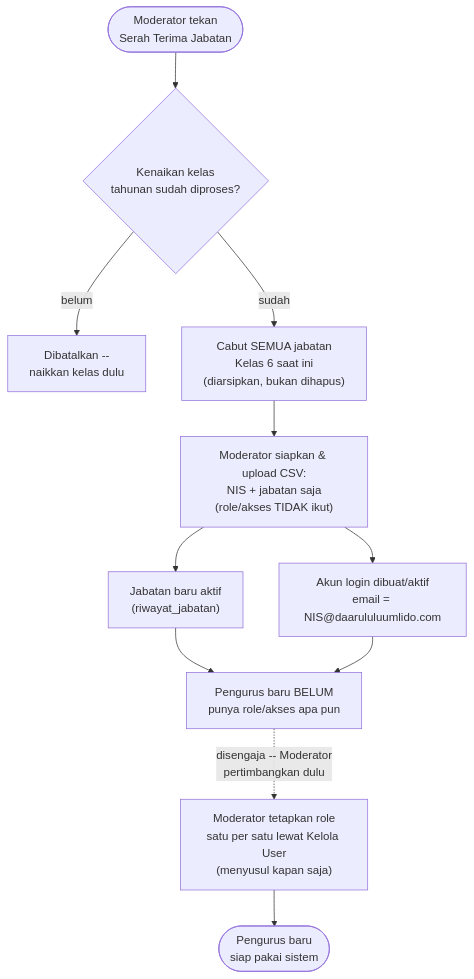
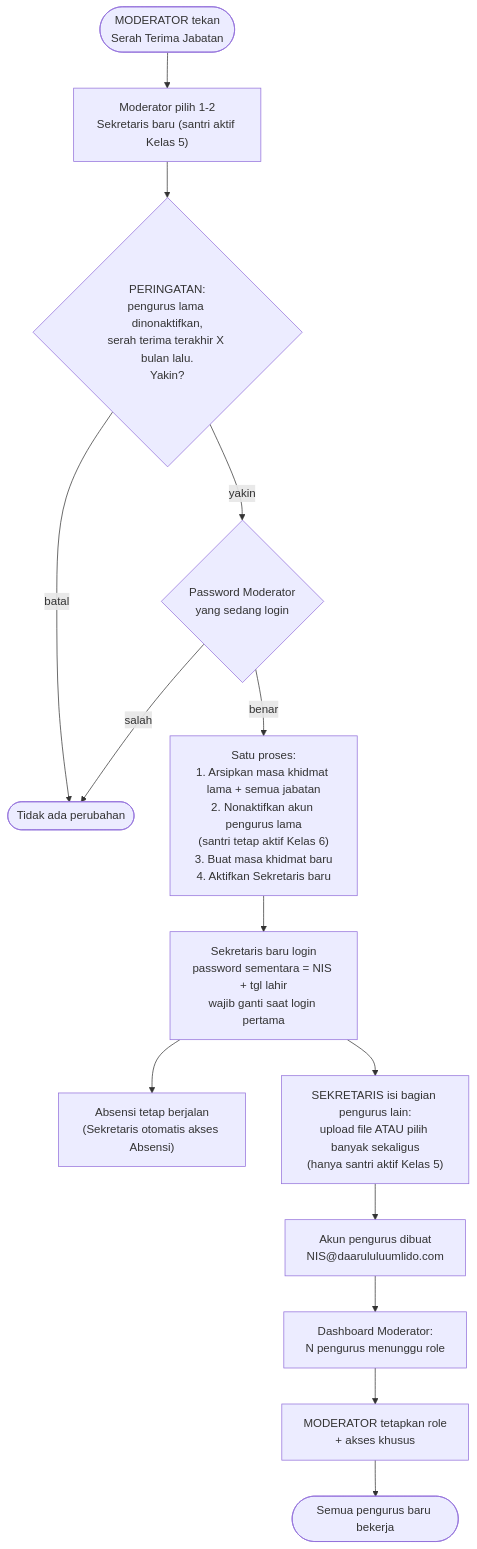
The fourth of 7 diagrams in README.md (SiJao/ProjectJao), drawn with Mermaid before and after one commit. The commit also changed other lines of this file, not shown here.

First line of the commit message:
README: rangkuman hasil desain sistem per modul (4 Okt 2026)

````diff
--- a/README.md
+++ b/README.md
@@ -229,13 +264,16 @@
 ```mermaid
 flowchart TD
-    Start(["Moderator tekan<br/>Serah Terima Jabatan"]) --> Check{"Kenaikan kelas<br/>tahunan sudah diproses?"}
-    Check -- "belum" --> Stop["Dibatalkan --<br/>naikkan kelas dulu"]
-    Check -- "sudah" --> Cabut["Cabut SEMUA jabatan<br/>Kelas 6 saat ini<br/>(diarsipkan, bukan dihapus)"]
-    Cabut --> CSV["Moderator siapkan & upload CSV:<br/>NIS + jabatan saja<br/>(role/akses TIDAK ikut)"]
-    CSV --> Jabatan["Jabatan baru aktif<br/>(riwayat_jabatan)"]
-    CSV --> Akun["Akun login dibuat/aktif<br/>email = NIS@daarululuumlido.com"]
-    Jabatan --> Jeda["Pengurus baru BELUM<br/>punya role/akses apa pun"]
-    Akun --> Jeda
-    Jeda -. "disengaja -- Moderator<br/>pertimbangkan dulu" .-> Role["Moderator tetapkan role<br/>satu per satu lewat Kelola User<br/>(menyusul kapan saja)"]
-    Role --> Aktif(["Pengurus baru<br/>siap pakai sistem"])
+    Start(["MODERATOR tekan<br/>Serah Terima Jabatan"]) --> Tunjuk["Moderator pilih 1-2<br/>Sekretaris baru (santri aktif Kelas 5)"]
+    Tunjuk --> Peringatan{"PERINGATAN:<br/>pengurus lama dinonaktifkan,<br/>serah terima terakhir X bulan lalu.<br/>Yakin?"}
+    Peringatan -- "batal" --> Batal(["Tidak ada perubahan"])
+    Peringatan -- "yakin" --> Password{"Password Moderator<br/>yang sedang login"}
+    Password -- "salah" --> Batal
+    Password -- "benar" --> Proses["Satu proses:<br/>1. Arsipkan masa khidmat lama + semua jabatan<br/>2. Nonaktifkan akun pengurus lama<br/>(santri tetap aktif Kelas 6)<br/>3. Buat masa khidmat baru<br/>4. Aktifkan Sekretaris baru"]
+    Proses --> Login1["Sekretaris baru login<br/>password sementara = NIS + tgl lahir<br/>wajib ganti saat login pertama"]
+    Login1 --> Absensi["Absensi tetap berjalan<br/>(Sekretaris otomatis akses Absensi)"]
+    Login1 --> Bagian["SEKRETARIS isi bagian pengurus lain:<br/>upload file ATAU pilih banyak sekaligus<br/>(hanya santri aktif Kelas 5)"]
+    Bagian --> Akun["Akun pengurus dibuat<br/>NIS@daarululuumlido.com"]
+    Akun --> Badge["Dashboard Moderator:<br/>N pengurus menunggu role"]
+    Badge --> Role["MODERATOR tetapkan role<br/>+ akses khusus"]
+    Role --> Aktif(["Semua pengurus baru bekerja"])
 ```
````
